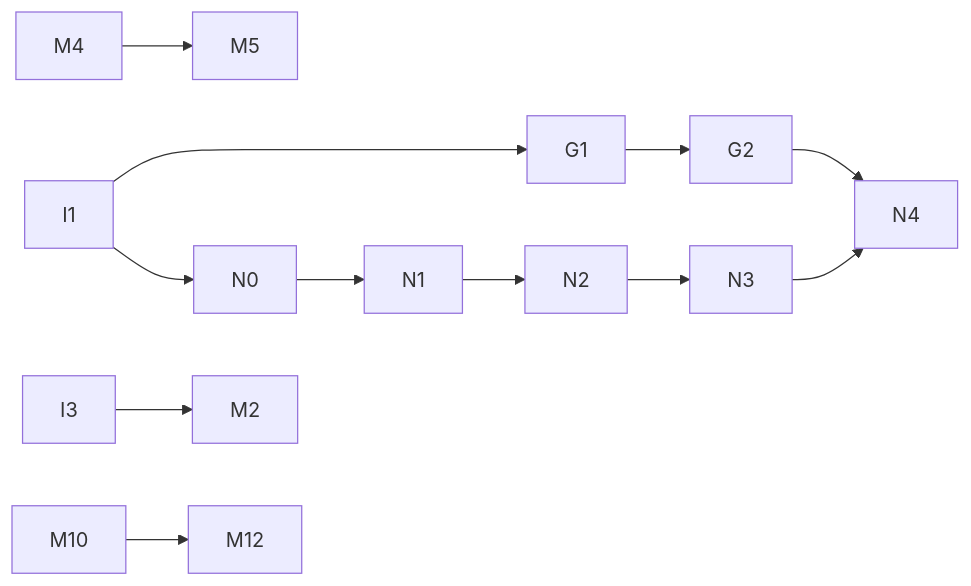
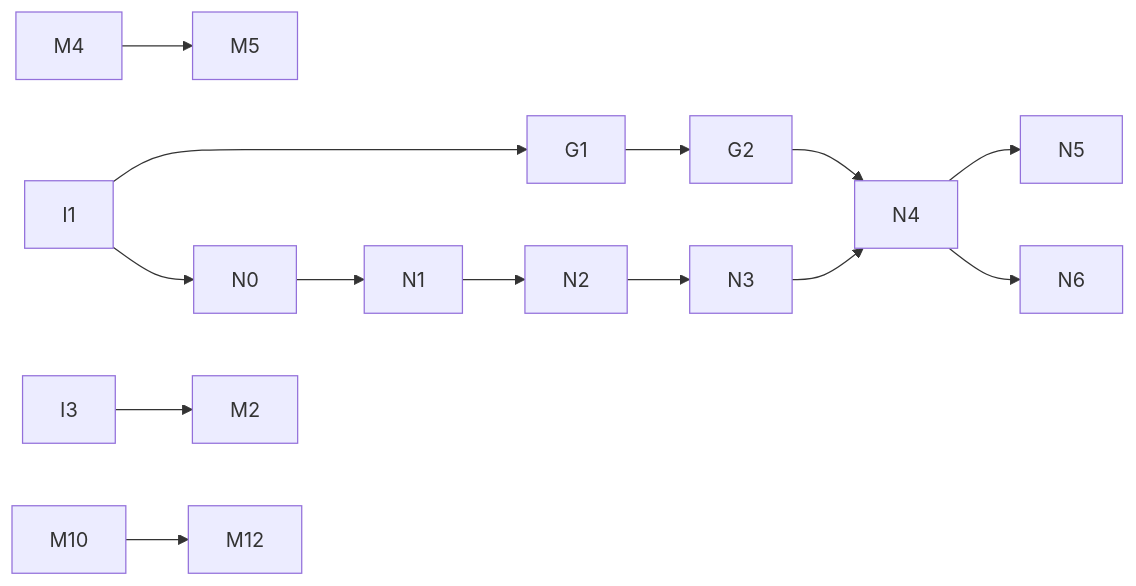
One commit to Dami-wq-k03/nano-lmcache changed the diagram in ROADMAP.md. Above: the diagram before and after it, drawn with Mermaid. The commit also changed other lines of this file and 9 other files, not shown here.

````diff
--- a/ROADMAP.md
+++ b/ROADMAP.md
@@ -131,9 +134,11 @@
 ```mermaid
 graph LR
   I1 --> G1 --> G2
   I1 --> N0 --> N1 --> N2 --> N3 --> N4
+  N4 --> N5
+  N4 --> N6
   G2 --> N4
   M4 --> M5
   I3 --> M2
   M10 --> M12
 ```
````
